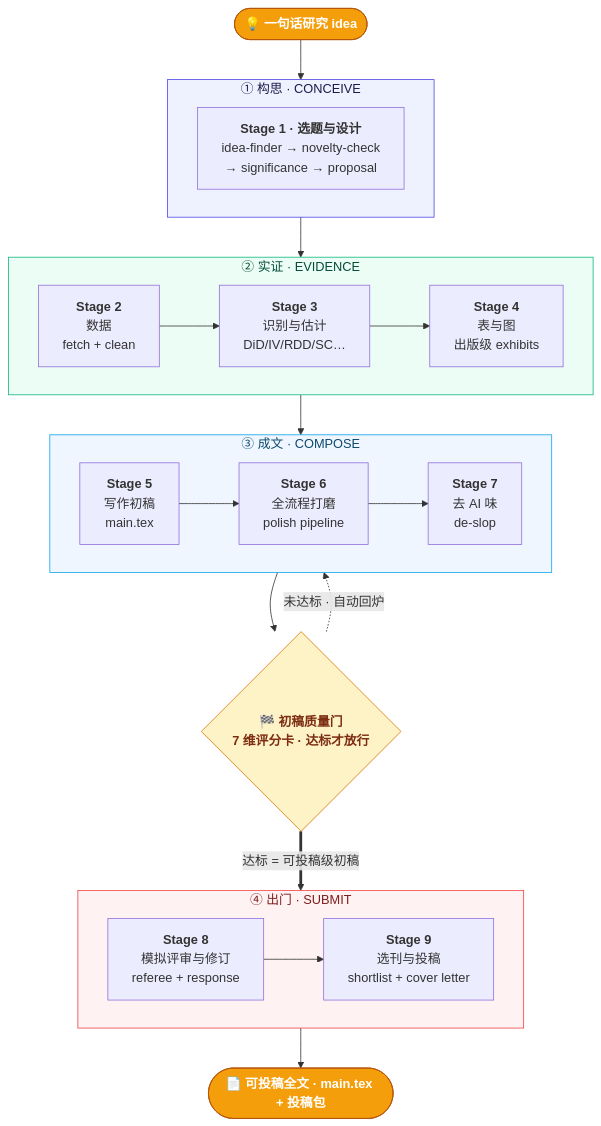
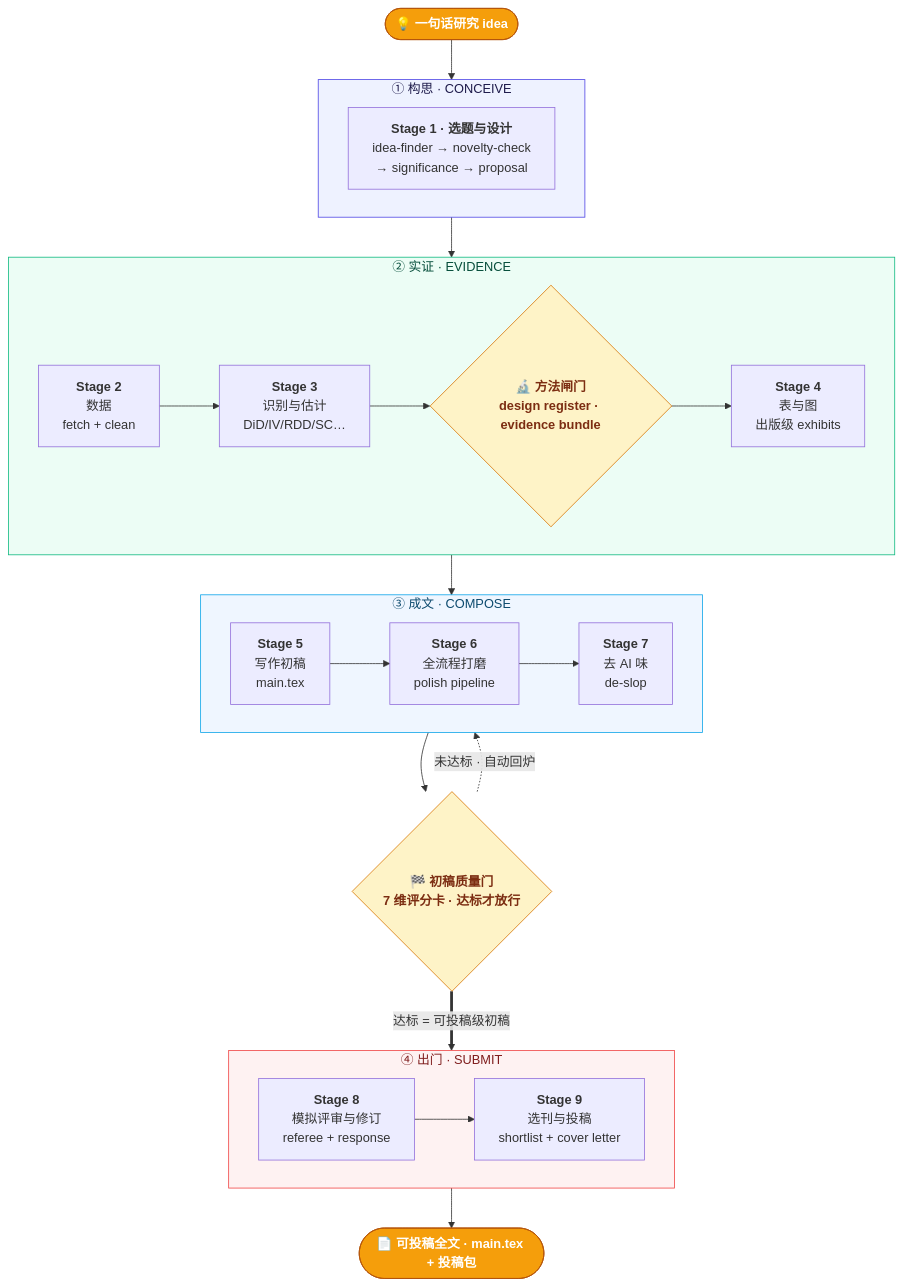
Before and after one commit to brycewang-stanford/Paper-WorkFlow: the diagram in README.md, drawn with Mermaid. The commit also changed other lines of this file, not shown here.

````diff
--- a/README.md
+++ b/README.md
@@ -33,39 +34,39 @@
 ```mermaid
 flowchart TD
     IDEA(["💡 一句话研究 idea"]):::io
     IDEA --> A
 
     subgraph A ["① 构思 · CONCEIVE"]
       direction LR
       S1["<b>Stage 1 · 选题与设计</b><br/>idea-finder → novelty-check<br/>→ significance → proposal"]
     end
 
     subgraph B ["② 实证 · EVIDENCE"]
       direction LR
-      S2["<b>Stage 2</b><br/>数据<br/>fetch + clean"] --> S3["<b>Stage 3</b><br/>识别与估计<br/>DiD/IV/RDD/SC…"] --> S4["<b>Stage 4</b><br/>表与图<br/>出版级 exhibits"]
+      S2["<b>Stage 2</b><br/>数据<br/>fetch + clean"] --> S3["<b>Stage 3</b><br/>识别与估计<br/>DiD/IV/RDD/SC…"] --> MG{"🔬 方法闸门<br/>design register · evidence bundle"} --> S4["<b>Stage 4</b><br/>表与图<br/>出版级 exhibits"]
     end
 
     subgraph C ["③ 成文 · COMPOSE"]
       direction LR
       S5["<b>Stage 5</b><br/>写作初稿<br/>main.tex"] --> S6["<b>Stage 6</b><br/>全流程打磨<br/>polish pipeline"] --> S7["<b>Stage 7</b><br/>去 AI 味<br/>de-slop"]
     end
 
     subgraph D ["④ 出门 · SUBMIT"]
       direction LR
       S8["<b>Stage 8</b><br/>模拟评审与修订<br/>referee + response"] --> S9["<b>Stage 9</b><br/>选刊与投稿<br/>shortlist + cover letter"]
     end
 
     A --> B --> C
     C --> QG{"🏁 初稿质量门<br/>7 维评分卡 · 达标才放行"}
     QG -.->|未达标 · 自动回炉| C
     QG ==>|达标 = 可投稿级初稿| D
     D --> PAPER(["📄 可投稿全文 · main.tex + 投稿包"]):::io
 
     classDef io fill:#F59E0B,stroke:#B45309,color:#fff,font-weight:bold;
     classDef gate fill:#FEF3C7,stroke:#D97706,color:#7C2D12,font-weight:bold;
-    class QG gate;
+    class MG,QG gate;
     style A fill:#EEF2FF,stroke:#4F46E5,color:#1E1B4B
     style B fill:#ECFDF5,stroke:#10B981,color:#064E3B
     style C fill:#EFF6FF,stroke:#0EA5E9,color:#0C4A6E
     style D fill:#FEF2F2,stroke:#EF4444,color:#7F1D1D
 ```
````
